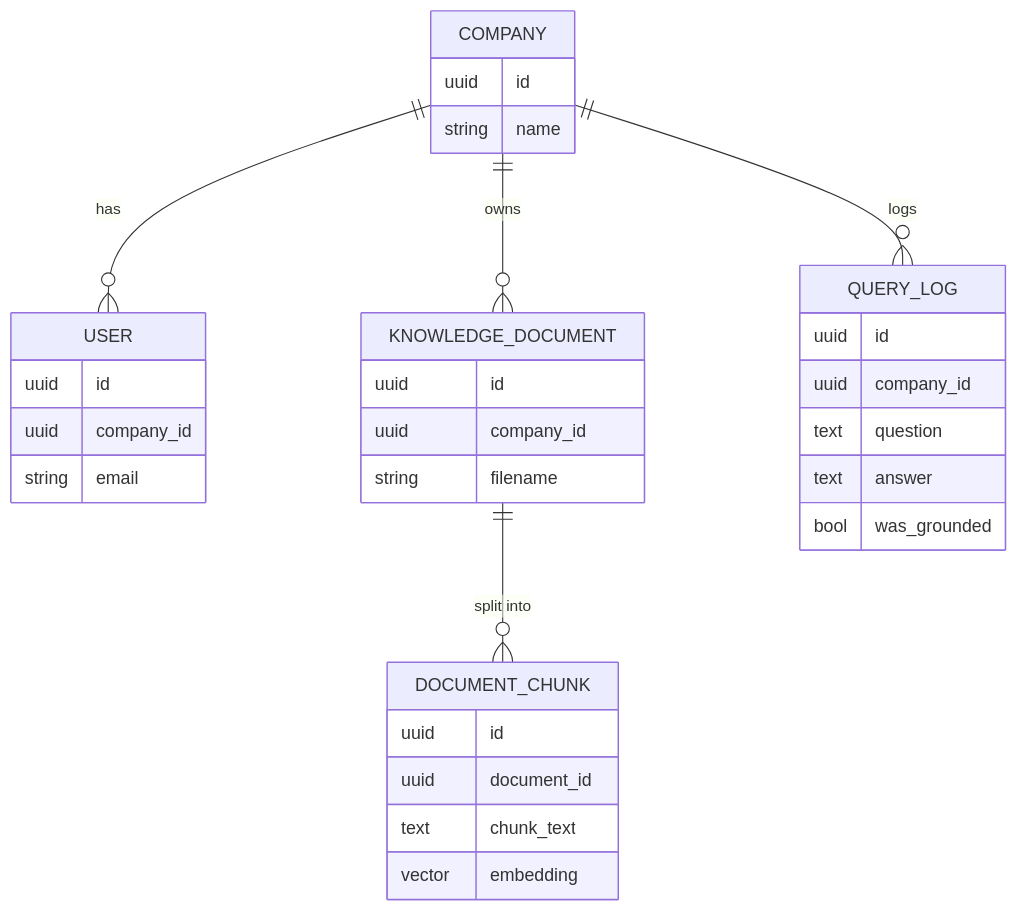
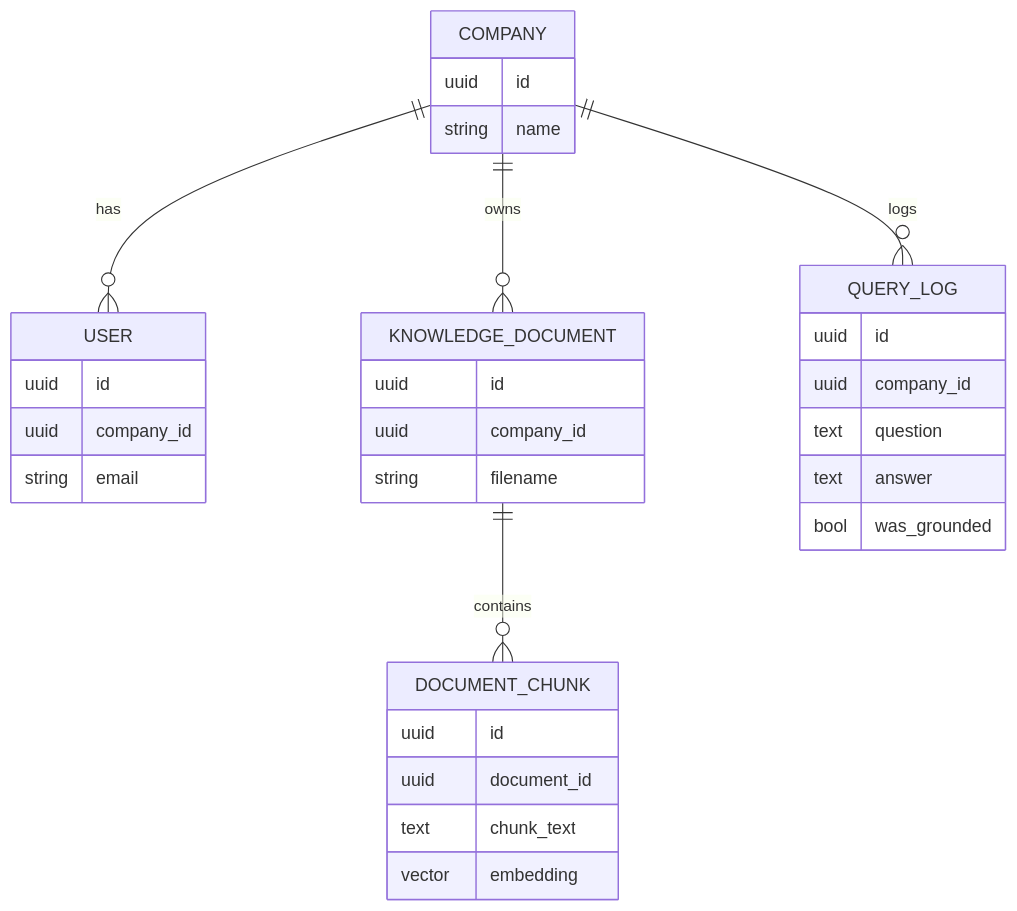
The third of 3 diagrams in README.md (Shifal/rag-knowledge-api), drawn with Mermaid before and after one commit. The commit also changed other lines of this file, not shown here.

````diff
--- a/README.md
+++ b/README.md
@@ -79,35 +76,35 @@
 ```mermaid
 erDiagram
     COMPANY ||--o{ USER : has
     COMPANY ||--o{ KNOWLEDGE_DOCUMENT : owns
-    KNOWLEDGE_DOCUMENT ||--o{ DOCUMENT_CHUNK : "split into"
+    KNOWLEDGE_DOCUMENT ||--o{ DOCUMENT_CHUNK : contains
     COMPANY ||--o{ QUERY_LOG : logs
 
     COMPANY {
         uuid id
         string name
     }
     USER {
         uuid id
         uuid company_id
         string email
     }
     KNOWLEDGE_DOCUMENT {
         uuid id
         uuid company_id
         string filename
     }
     DOCUMENT_CHUNK {
         uuid id
         uuid document_id
         text chunk_text
         vector embedding
     }
     QUERY_LOG {
         uuid id
         uuid company_id
         text question
         text answer
         bool was_grounded
     }
 ```
````
